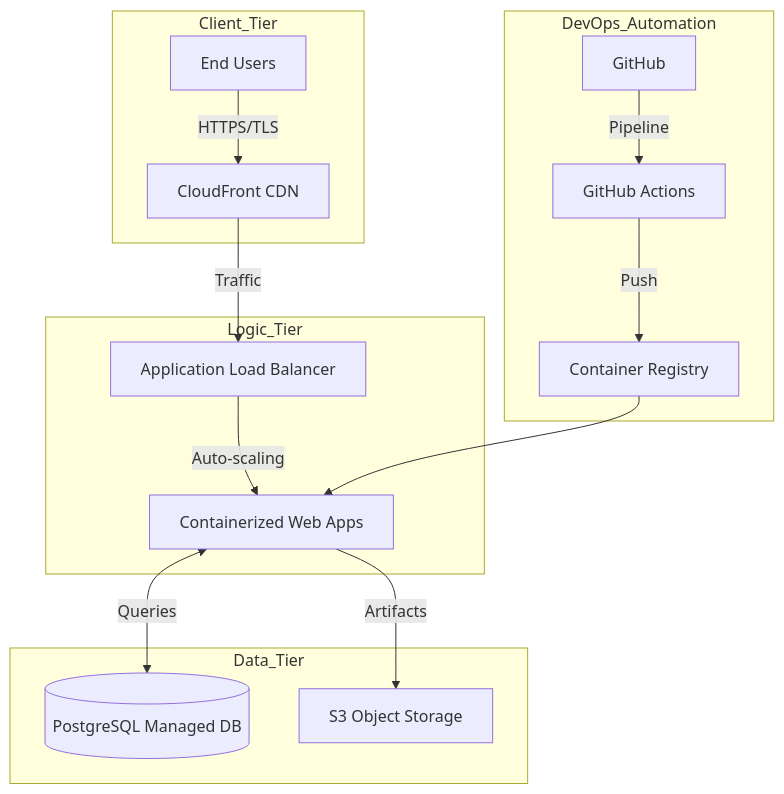
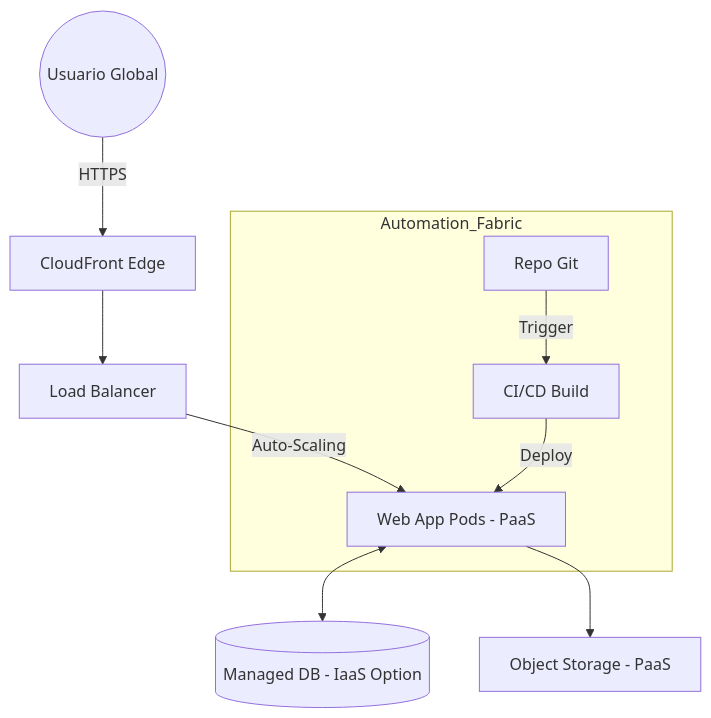
The diagram in Digital_Transformation_Plan.md (bbaakkuu-svg/Proyecto_Transforming_Business), drawn with Mermaid before and after one commit. The commit also changed other lines of this file and 2 other files, not shown here.

````diff
--- a/Digital_Transformation_Plan.md
+++ b/Digital_Transformation_Plan.md
@@ -38,19 +40,13 @@
 ```mermaid
 graph TD
-    subgraph Client_Tier
-        U[End Users] -->|HTTPS/TLS| CF[CloudFront CDN]
-    end
-    subgraph Logic_Tier
-        CF -->|Traffic| ALB[Application Load Balancer]
-        ALB -->|Auto-scaling| ECS[Containerized Web Apps]
-    end
-    subgraph Data_Tier
-        ECS <-->|Queries| RDS[(PostgreSQL Managed DB)]
-        ECS -->|Artifacts| S3[S3 Object Storage]
-    end
-    subgraph DevOps_Automation
-        Git[GitHub] -->|Pipeline| GHA[GitHub Actions]
-        GHA -->|Push| ECR[Container Registry]
-        ECR --> ECS
+    User((Usuario Global)) -->|HTTPS| CDN[CloudFront Edge]
+    CDN --> ALB[Load Balancer]
+    ALB -->|Auto-Scaling| App[Web App Pods - PaaS]
+    App <--> RDS[(Managed DB - IaaS Option)]
+    App --> S3[Object Storage - PaaS]
+
+    subgraph Automation_Fabric
+        Git[Repo Git] -->|Trigger| Pipeline[CI/CD Build]
+        Pipeline -->|Deploy| App
     end
 ```
````
